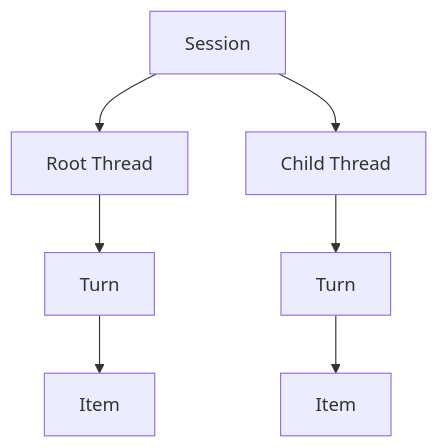
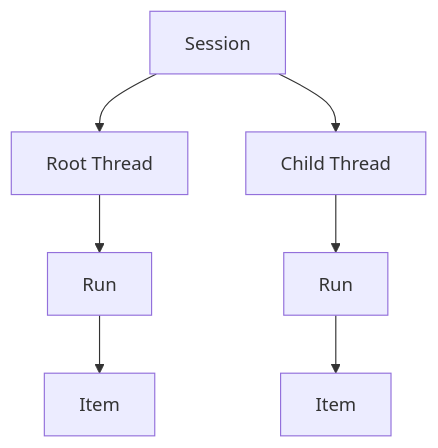
The diagram in spec/interaction-model.md (LTThreeComma/agent-foundation), drawn with Mermaid before and after one commit. The commit also changed other lines of this file and 50 other files, not shown here.

````diff
--- a/spec/interaction-model.md
+++ b/spec/interaction-model.md
@@ -22,15 +22,15 @@
 ```mermaid
 flowchart TB
     Session[Session]
     Root[Root Thread]
     Child[Child Thread]
-    RootTurn[Turn]
-    ChildTurn[Turn]
+    RootRun[Run]
+    ChildRun[Run]
     RootItem[Item]
     ChildItem[Item]
 
     Session --> Root
     Session --> Child
-    Root --> RootTurn --> RootItem
-    Child --> ChildTurn --> ChildItem
+    Root --> RootRun --> RootItem
+    Child --> ChildRun --> ChildItem
 ```
````
